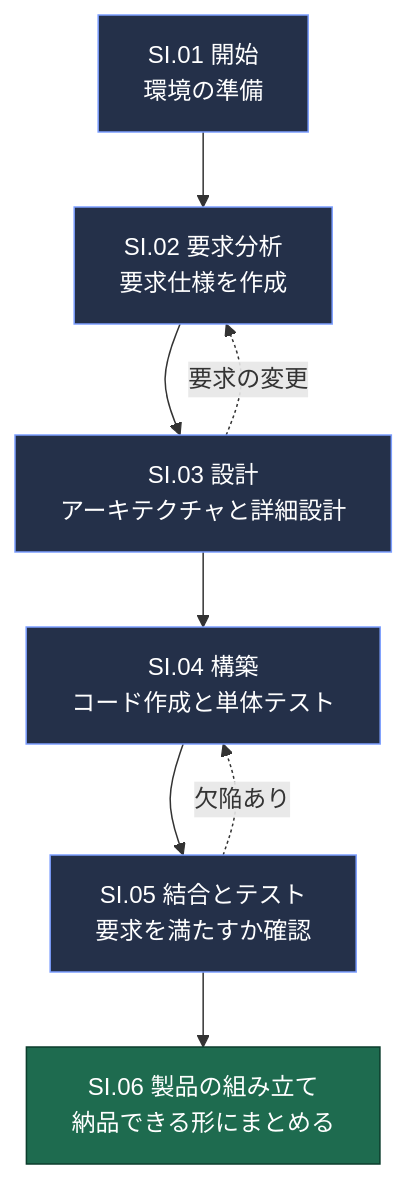
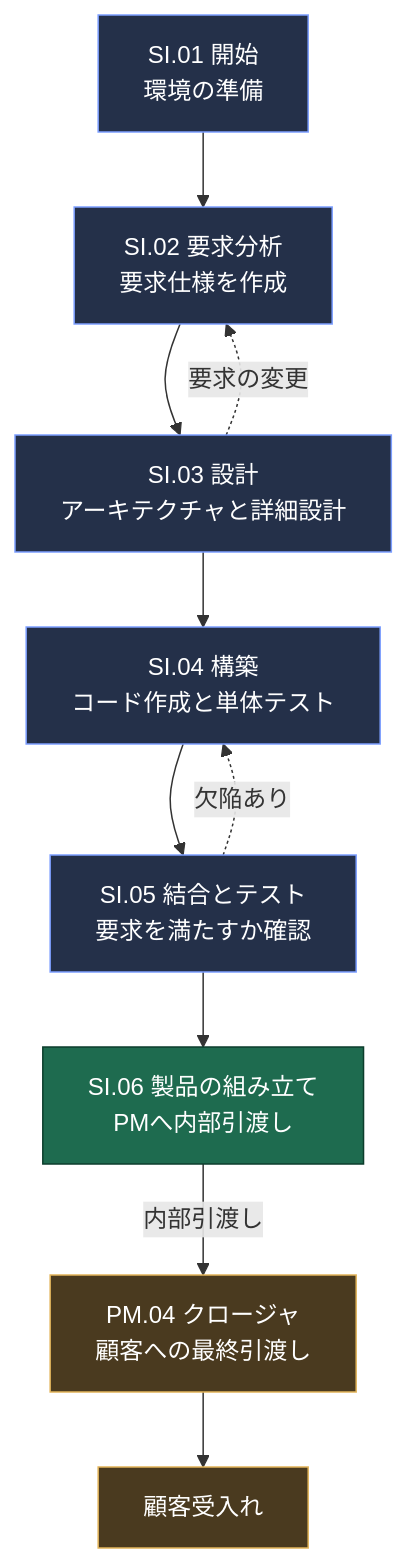
The eighth of 13 diagrams in Iso-iec-29110-5-1-2-2025-beginner-guide.md (myoshi2891/Quality-Assurance-Studies), drawn with Mermaid before and after one commit. The commit also changed other lines of this file and 3 other files, not shown here.

````diff
--- a/Iso-iec-29110-5-1-2-2025-beginner-guide.md
+++ b/Iso-iec-29110-5-1-2-2025-beginner-guide.md
@@ -367,14 +368,18 @@
 ```mermaid
 flowchart TB
     SI1["SI.01 開始<br/>環境の準備"] --> SI2["SI.02 要求分析<br/>要求仕様を作成"]
     SI2 --> SI3["SI.03 設計<br/>アーキテクチャと詳細設計"]
     SI3 --> SI4["SI.04 構築<br/>コード作成と単体テスト"]
     SI4 --> SI5["SI.05 結合とテスト<br/>要求を満たすか確認"]
-    SI5 --> SI6["SI.06 製品の組み立て<br/>納品できる形にまとめる"]
+    SI5 --> SI6["SI.06 製品の組み立て<br/>PMへ内部引渡し"]
+    SI6 -->|"内部引渡し"| SI7["PM.04 クロージャ<br/>顧客への最終引渡し"]
+    SI7 --> SI8["顧客受入れ"]
     SI5 -.->|"欠陥あり"| SI4
     SI3 -.->|"要求の変更"| SI2
     classDef s fill:#243049,stroke:#7c9eff,color:#ffffff
     classDef fin fill:#1e6b4f,stroke:#0b3d2c,color:#ffffff
+    classDef pm fill:#4a3a1f,stroke:#e2b45a,color:#ffffff
     class SI1,SI2,SI3,SI4,SI5 s
     class SI6 fin
+    class SI7,SI8 pm
 ```
````
